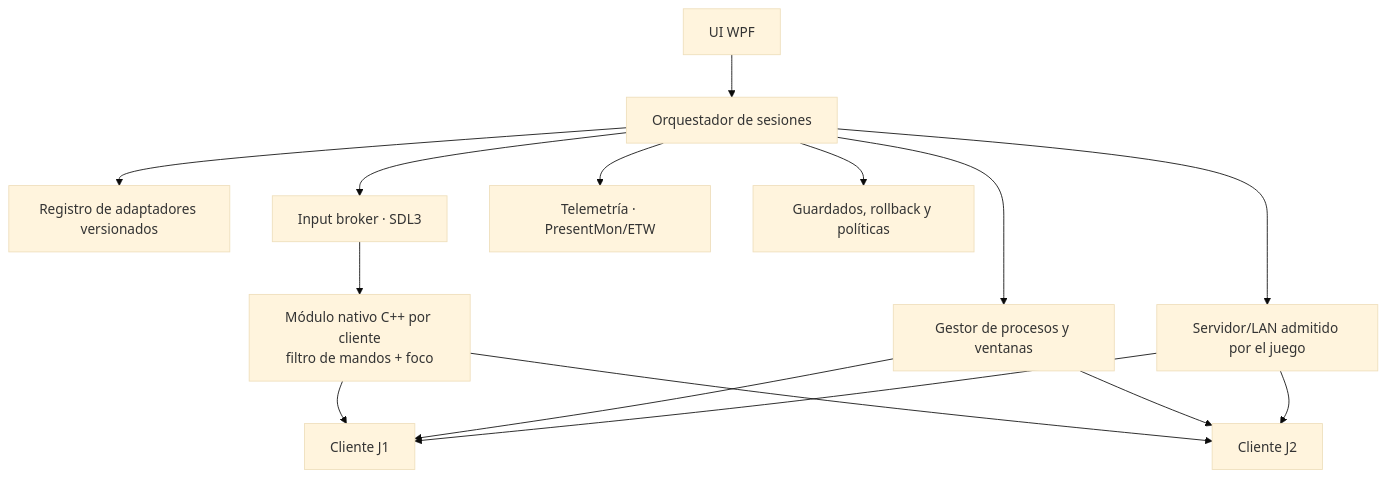
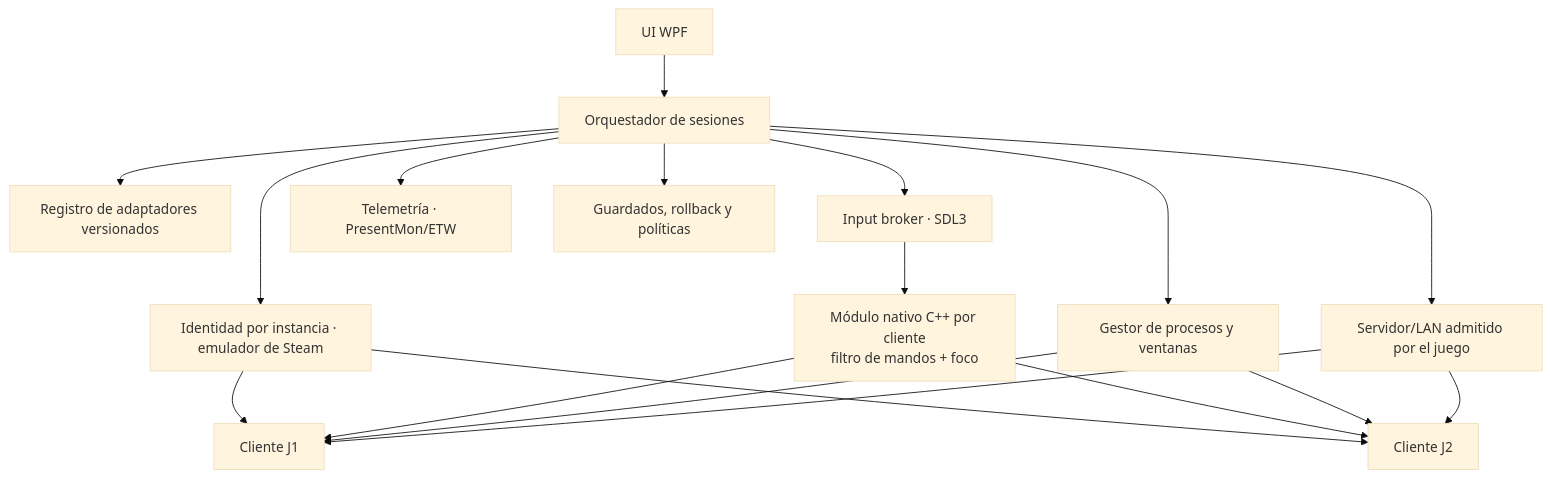
One commit to FaberGomezDev/SplitForge changed the second of 2 diagrams in docs/02-ARQUITECTURA.md. Above: the diagram before and after it, drawn with Mermaid (base theme). The commit also changed other lines of this file and 31 other files, not shown here.

````diff
--- a/docs/02-ARQUITECTURA.md
+++ b/docs/02-ARQUITECTURA.md
@@ -53,17 +61,20 @@
 ```mermaid
 flowchart TB
     UI2[UI WPF] --> API[Orquestador de sesiones]
     API --> PROFILE[Registro de adaptadores versionados]
     API --> INPUT[Input broker · SDL3]
     INPUT --> NATIVE[Módulo nativo C++ por cliente\nfiltro de mandos + foco]
     API --> PROCESS[Gestor de procesos y ventanas]
     API --> NET[Servidor/LAN admitido por el juego]
+    API --> IDENT[Identidad por instancia · emulador de Steam]
+    IDENT --> A
+    IDENT --> B
     API --> PERF[Telemetría · PresentMon/ETW]
     API --> SAFETY[Guardados, rollback y políticas]
     NATIVE --> A[Cliente J1]
     NATIVE --> B[Cliente J2]
     PROCESS --> A
     PROCESS --> B
     NET --> A
     NET --> B
 ```
````
